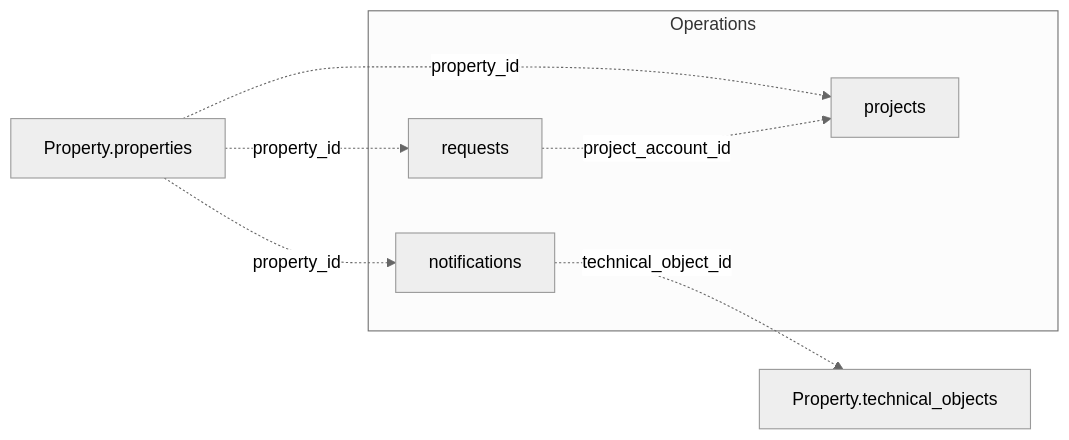
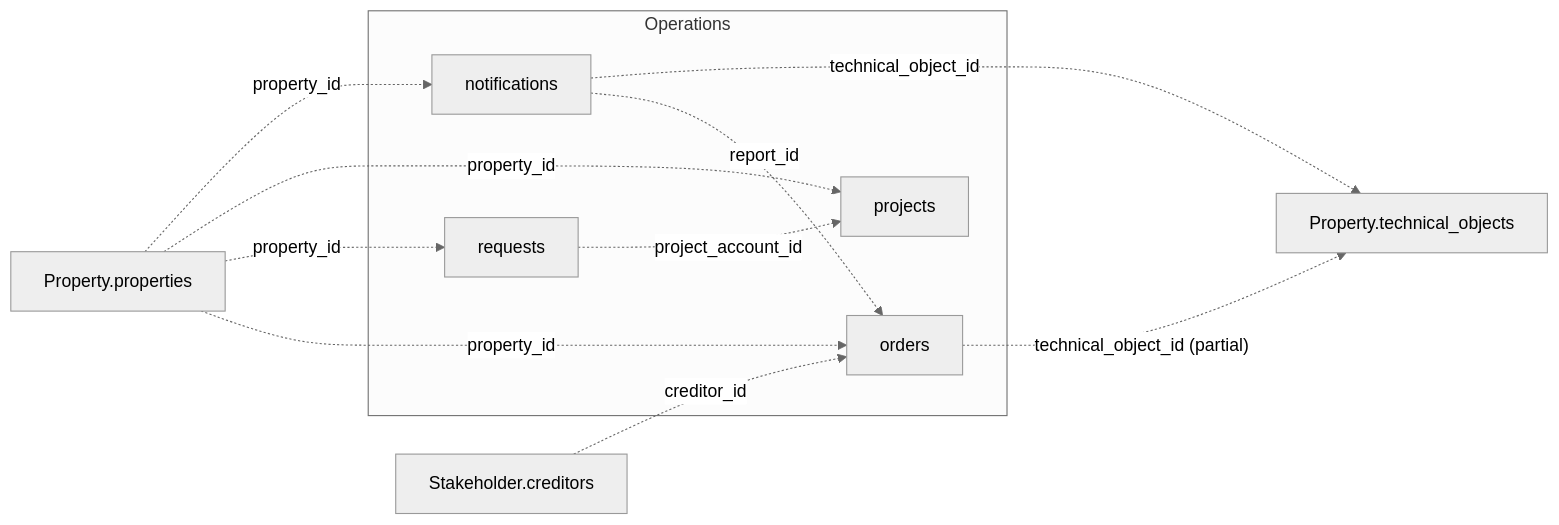
Before and after one commit to Trassets-ai/api-docs: the diagram in v1/data-model/operations.mdx, drawn with Mermaid (neutral theme). The commit also changed other lines of this file and 5 other files, not shown here.

````diff
--- a/v1/data-model/operations.mdx
+++ b/v1/data-model/operations.mdx
@@ -10,17 +11,23 @@
 ```mermaid
 graph LR
   subgraph Operations
     notifications["notifications"]
+    orders["orders"]
     projects["projects"]
     requests["requests"]
   end
 
   properties["Property.properties"]
   technical_objects["Property.technical_objects"]
+  creditor["Stakeholder.creditors"]
 
   properties -.->|property_id| notifications
   properties -.->|property_id| projects
   properties -.->|property_id| requests
   requests -.->|project_account_id| projects
   notifications -.->|technical_object_id| technical_objects
+  properties -.->|property_id| orders
+  notifications -.->|report_id| orders
+  creditor -.->|creditor_id| orders
+  orders -.->|"technical_object_id (partial)"| technical_objects
 ```
````
